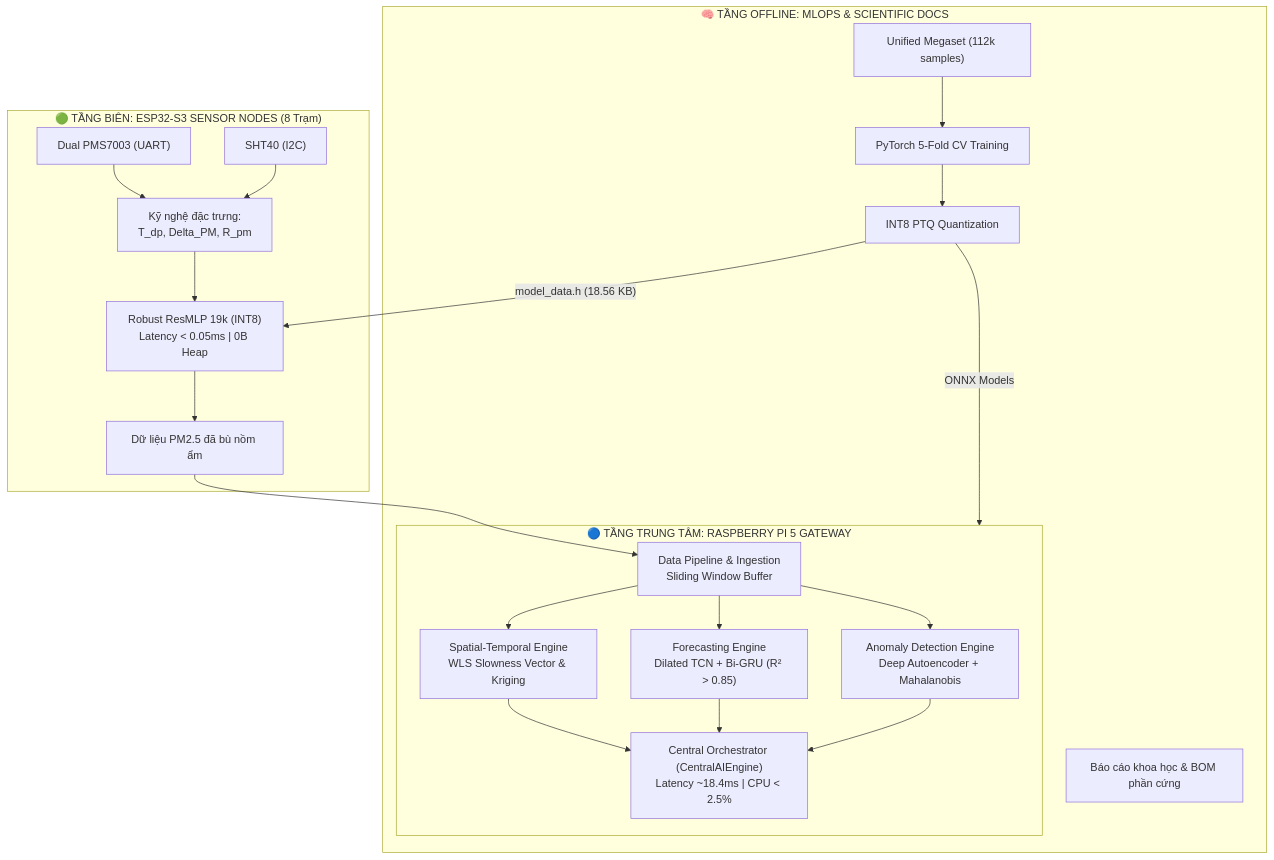
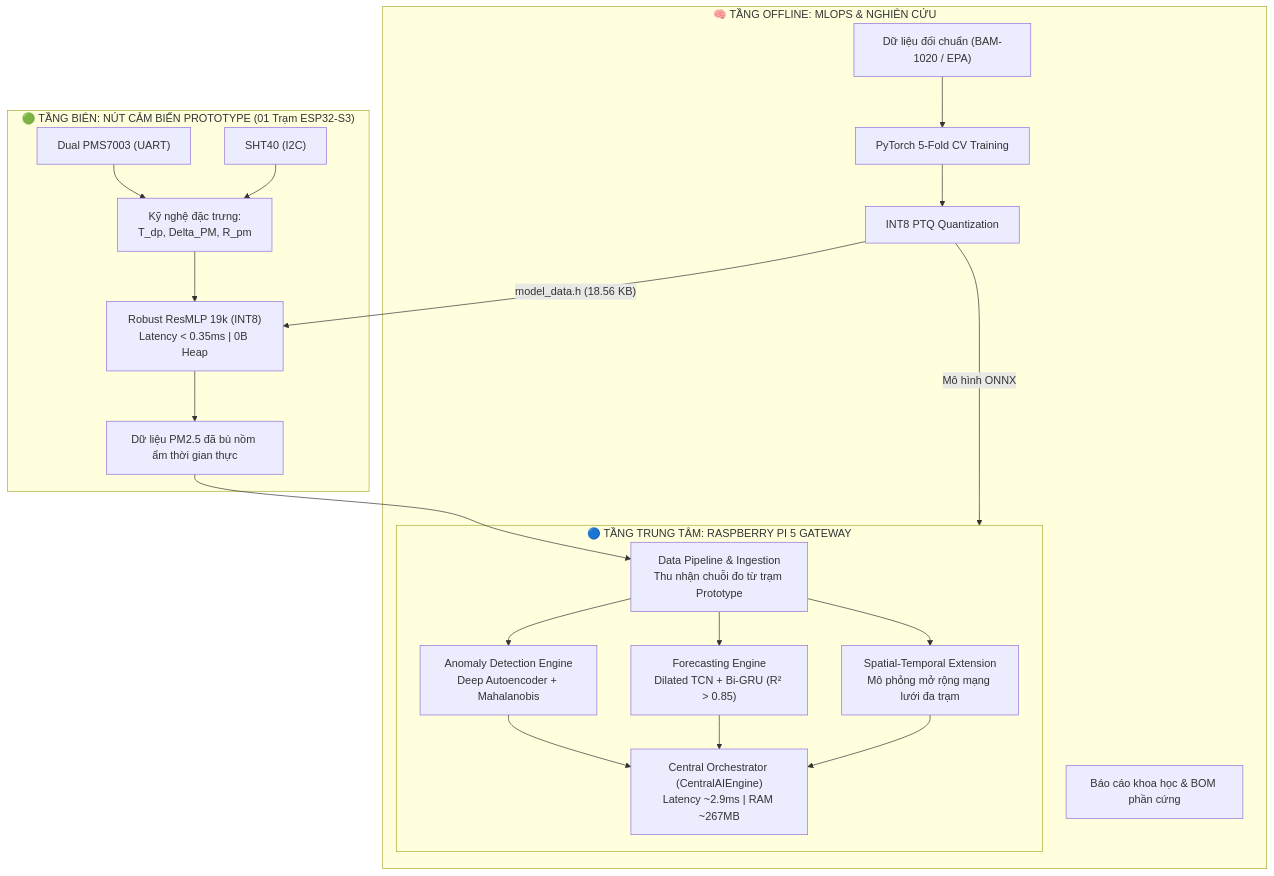
Before and after one commit to PhelanDev/AI-AQ-UTT_NCKH-sp: the diagram in README.md, drawn with Mermaid. The commit also changed other lines of this file and 8 other files, not shown here.

````diff
--- a/README.md
+++ b/README.md
@@ -13,27 +13,27 @@
 ```mermaid
 graph TD
-    subgraph EdgeSensors["🟢 TẦNG BIÊN: ESP32-S3 SENSOR NODES (8 Trạm)"]
+    subgraph EdgeSensors["🟢 TẦNG BIÊN: NÚT CẢM BIẾN PROTOTYPE (01 Trạm ESP32-S3)"]
         S1["Dual PMS7003 (UART)"] --> FE["Kỹ nghệ đặc trưng:\nT_dp, Delta_PM, R_pm"]
         S2["SHT40 (I2C)"] --> FE
-        FE --> TML["Robust ResMLP 19k (INT8)\nLatency < 0.05ms | 0B Heap"]
-        TML --> ESP_OUT["Dữ liệu PM2.5 đã bù nồm ẩm"]
+        FE --> TML["Robust ResMLP 19k (INT8)\nLatency < 0.35ms | 0B Heap"]
+        TML --> ESP_OUT["Dữ liệu PM2.5 đã bù nồm ẩm thời gian thực"]
     end
 
     subgraph CentralPi["🔵 TẦNG TRUNG TÂM: RASPBERRY PI 5 GATEWAY"]
-        ESP_OUT --> DP["Data Pipeline & Ingestion\nSliding Window Buffer"]
-        DP --> STE["Spatial-Temporal Engine\nWLS Slowness Vector & Kriging"]
+        ESP_OUT --> DP["Data Pipeline & Ingestion\nThu nhận chuỗi đo từ trạm Prototype"]
+        DP --> AE["Anomaly Detection Engine\nDeep Autoencoder + Mahalanobis"]
         DP --> FC["Forecasting Engine\nDilated TCN + Bi-GRU (R² > 0.85)"]
-        DP --> AE["Anomaly Detection Engine\nDeep Autoencoder + Mahalanobis"]
-        STE --> CO["Central Orchestrator (CentralAIEngine)\nLatency ~18.4ms | CPU < 2.5%"]
+        DP --> STE["Spatial-Temporal Extension\nMô phỏng mở rộng mạng lưới đa trạm"]
+        AE --> CO["Central Orchestrator (CentralAIEngine)\nLatency ~2.9ms | RAM ~267MB"]
         FC --> CO
-        AE --> CO
+        STE --> CO
     end
 
-    subgraph MLOpsDocs["🧠 TẦNG OFFLINE: MLOPS & SCIENTIFIC DOCS"]
-        DATA["Unified Megaset (112k samples)"] --> TRAIN["PyTorch 5-Fold CV Training"]
+    subgraph MLOpsDocs["🧠 TẦNG OFFLINE: MLOPS & NGHIÊN CỨU"]
+        DATA["Dữ liệu đối chuẩn (BAM-1020 / EPA)"] --> TRAIN["PyTorch 5-Fold CV Training"]
         TRAIN --> QUANT["INT8 PTQ Quantization"]
         QUANT --> |"model_data.h (18.56 KB)"| TML
-        QUANT --> |"ONNX Models"| CentralPi
+        QUANT --> |"Mô hình ONNX"| CentralPi
         DOCS["Báo cáo khoa học & BOM phần cứng"]
     end
 ```
````
